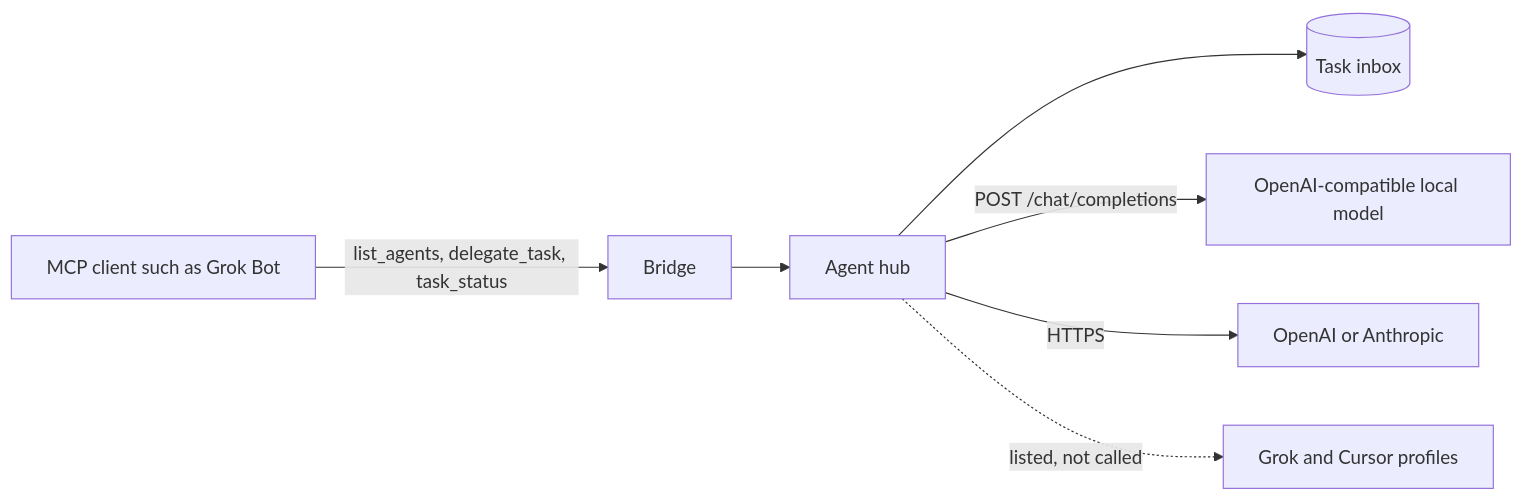
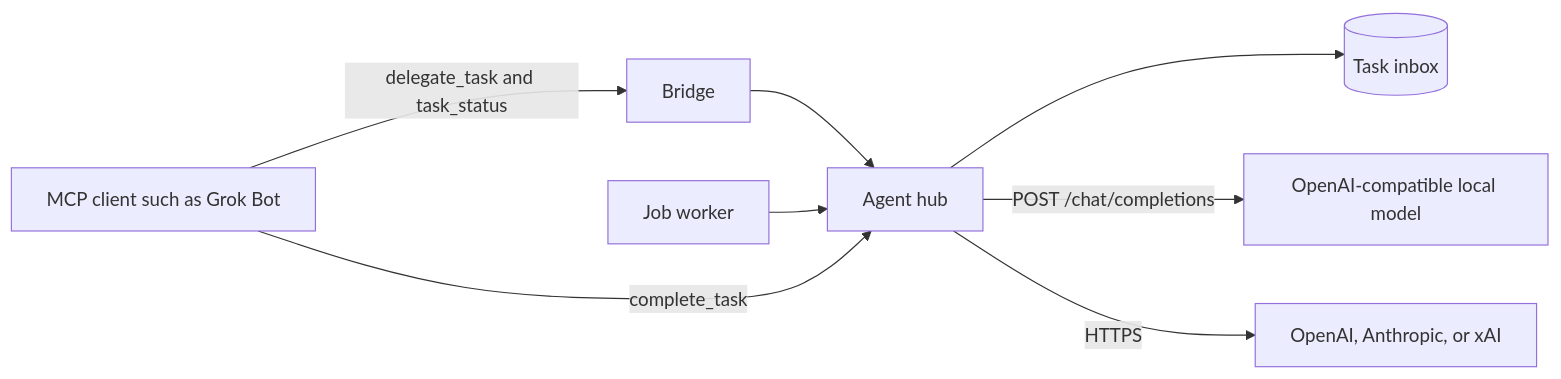
Before and after one commit to mindtrip101/hermes-agent-mcp-bridge: the second of 2 diagrams in README.md, drawn with Mermaid. The commit also changed other lines of this file and 16 other files, not shown here.

First line of the commit message:
Run hub tasks on the job worker with failover and an xAI inbox.

````diff
--- a/README.md
+++ b/README.md
@@ -134,15 +135,16 @@
 ```mermaid
 flowchart LR
   client[MCP client such as Grok Bot]
   bridge[Bridge]
   hub[Agent hub]
+  worker[Job worker]
   inbox[(Task inbox)]
   local[OpenAI-compatible local model]
-  hosted[OpenAI or Anthropic]
-  stubs[Grok and Cursor profiles]
-  client -->|list_agents, delegate_task, task_status| bridge --> hub
+  hosted[OpenAI, Anthropic, or xAI]
+  client -->|delegate_task and task_status| bridge --> hub
   hub --> inbox
+  worker --> hub
   hub -->|POST /chat/completions| local
   hub -->|HTTPS| hosted
-  hub -.->|listed, not called| stubs
+  client -->|complete_task| hub
 ```
````
